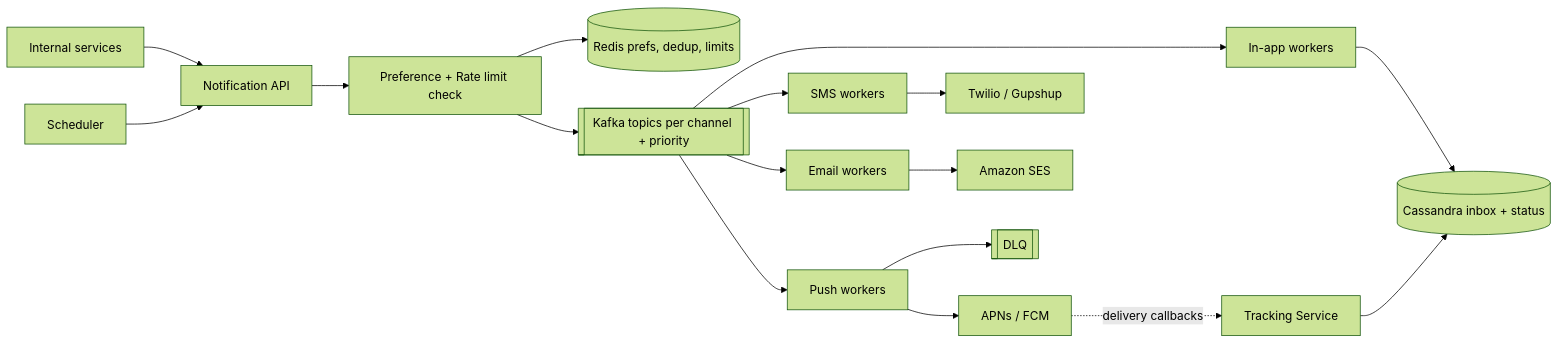
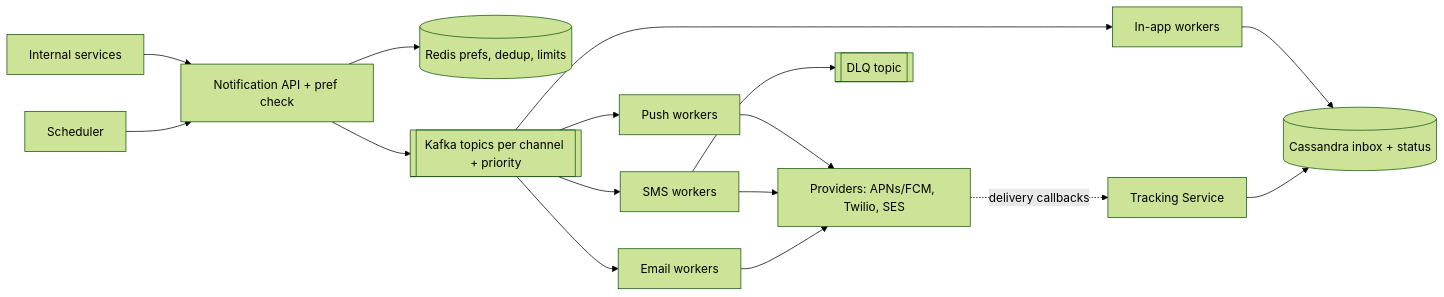
The first of 3 diagrams in content-en/02-questions/t1-09-notification-system.md (flow6979/system-design-prep), drawn with Mermaid (forest theme) before and after one commit. The commit also changed other lines of this file and 61 other files, not shown here.

````diff
--- a/content-en/02-questions/t1-09-notification-system.md
+++ b/content-en/02-questions/t1-09-notification-system.md
@@ -82,19 +89,18 @@
 ```mermaid
 flowchart LR
-  S["Internal services"] --> API["Notification API"]
+  S["Internal services"] --> API["Notification API + pref check"]
   SCH["Scheduler"] --> API
-  API --> PR["Preference + Rate limit check"]
-  PR --> RC[("Redis prefs, dedup, limits")]
-  PR --> K[["Kafka topics per channel + priority"]]
+  API --> RC[("Redis prefs, dedup, limits")]
+  API --> K[["Kafka topics per channel + priority"]]
   K --> PW["Push workers"]
   K --> SW["SMS workers"]
   K --> EW["Email workers"]
   K --> IW["In-app workers"]
-  PW --> APN["APNs / FCM"]
-  SW --> TW["Twilio / Gupshup"]
-  EW --> SES["Amazon SES"]
+  PW --> PRV["Providers: APNs/FCM, Twilio, SES"]
+  SW --> PRV
+  EW --> PRV
   IW --> DB[("Cassandra inbox + status")]
-  PW --> DLQ[["DLQ"]]
-  APN -. "delivery callbacks" .-> TR["Tracking Service"]
+  SW --> DLQ[["DLQ topic"]]
+  PRV -. "delivery callbacks" .-> TR["Tracking Service"]
   TR --> DB
 ```
````
